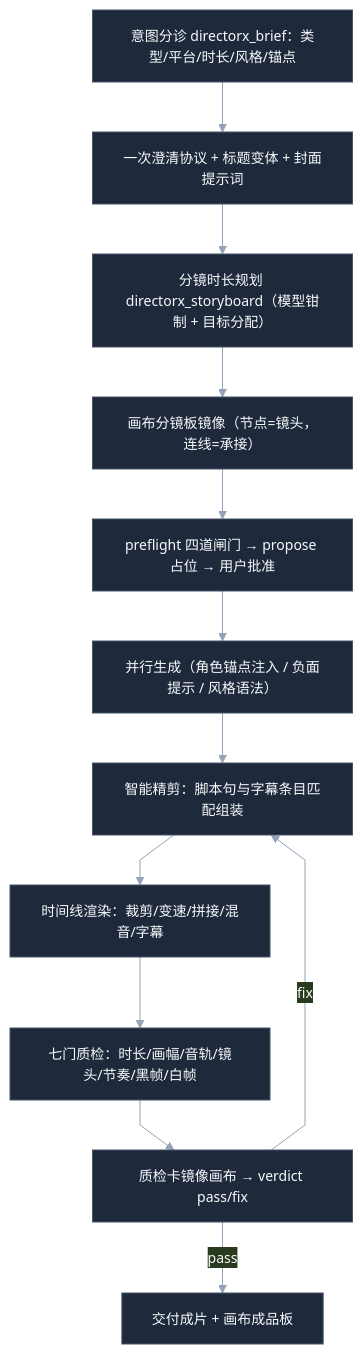
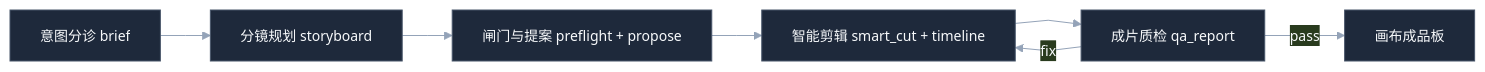
Before and after one commit to LaplaceYoung/dsh-directorx: the first of 2 diagrams in README.md, drawn with Mermaid. The commit also changed other lines of this file, not shown here.

````diff
--- a/README.md
+++ b/README.md
@@ -86,15 +109,10 @@
 ```mermaid
 %%{init: {'theme':'base', 'themeVariables': {'primaryColor':'#1e293b','primaryTextColor':'#f8fafc','primaryBorderColor':'#475569','lineColor':'#94a3b8','fontFamily':'system-ui, sans-serif','fontSize':'14px'}, 'flowchart': {'curve':'linear'}}}%%
-flowchart TB
-  B1["意图分诊 directorx_brief：类型/平台/时长/风格/锚点"] --> B2["一次澄清协议 + 标题变体 + 封面提示词"]
-  B2 --> P1["分镜时长规划 directorx_storyboard（模型钳制 + 目标分配）"]
-  P1 --> P2["画布分镜板镜像（节点=镜头，连线=承接）"]
-  P2 --> G1["preflight 四道闸门 → propose 占位 → 用户批准"]
-  G1 --> G2["并行生成（角色锚点注入 / 负面提示 / 风格语法）"]
-  G2 --> E1["智能精剪：脚本句与字幕条目匹配组装"]
-  E1 --> E2["时间线渲染：裁剪/变速/拼接/混音/字幕"]
-  E2 --> Q1["七门质检：时长/画幅/音轨/镜头/节奏/黑帧/白帧"]
-  Q1 --> Q2["质检卡镜像画布 → verdict pass/fix"]
-  Q2 -->|fix| E1
-  Q2 -->|pass| DONE["交付成片 + 画布成品板"]
+flowchart LR
+  B["意图分诊 brief"] --> P["分镜规划 storyboard"]
+  P --> G["闸门与提案 preflight + propose"]
+  G --> E["智能剪辑 smart_cut + timeline"]
+  E --> Q["成片质检 qa_report"]
+  Q -->|fix| E
+  Q -->|pass| D["画布成品板"]
 ```
````
